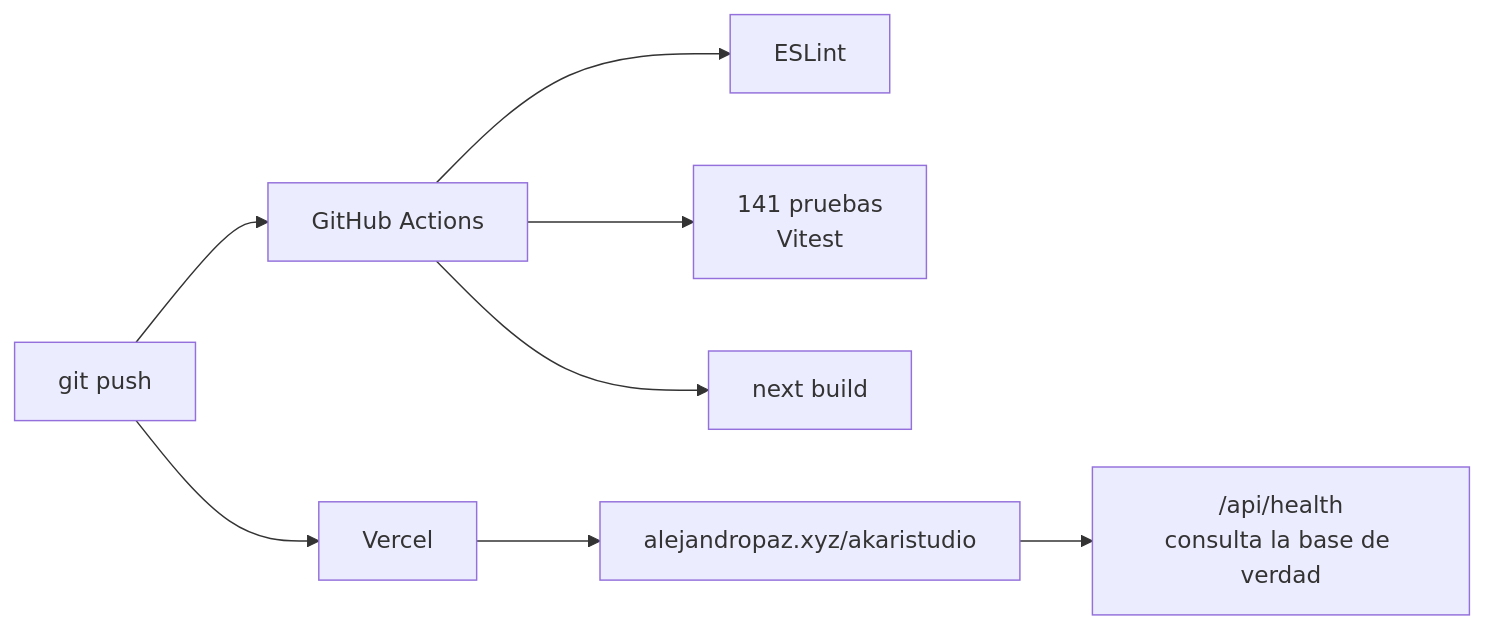
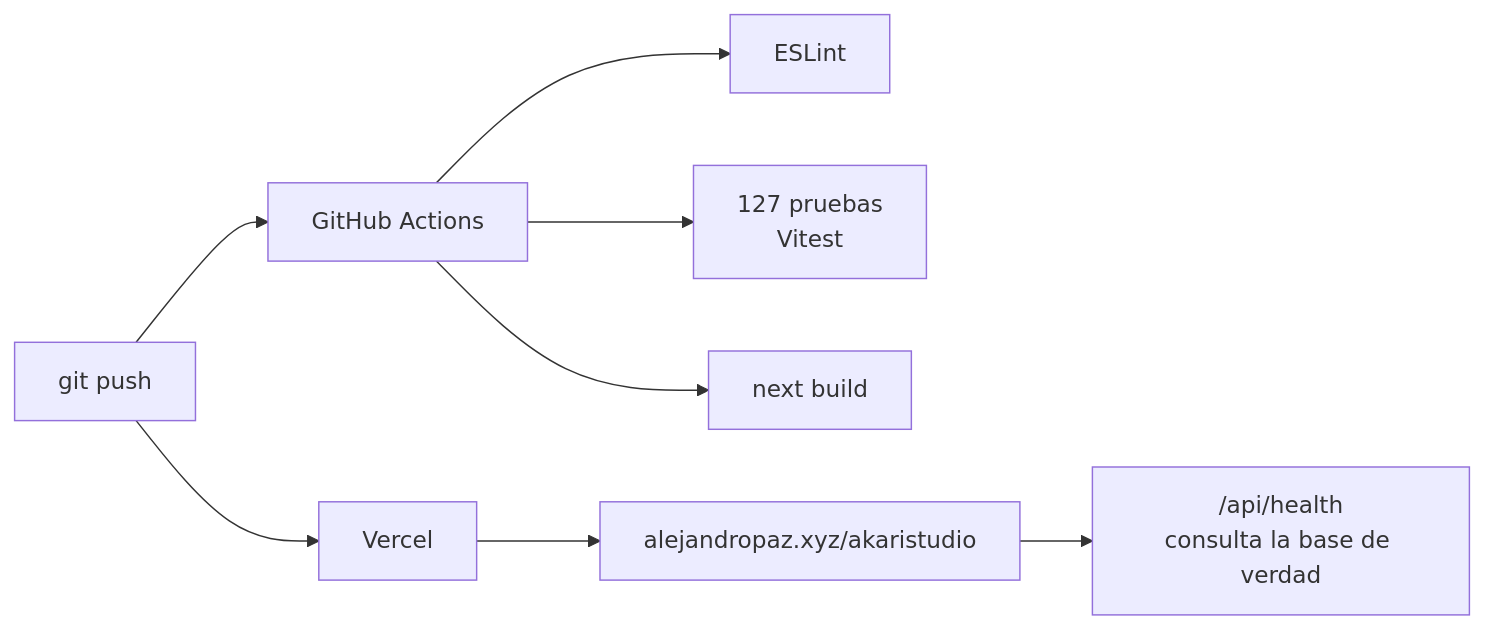
Before and after one commit to Alejandro-Paz05/Proyecto_ISW2: the seventh of 7 diagrams in docs/arquitectura.md, drawn with Mermaid. The commit also changed other lines of this file and 2 other files, not shown here.

````diff
--- a/docs/arquitectura.md
+++ b/docs/arquitectura.md
@@ -227,10 +239,10 @@
 ```mermaid
 flowchart LR
     dev["git push"] --> ci["GitHub Actions"]
     ci --> lint["ESLint"]
-    ci --> test["141 pruebas<br/>Vitest"]
+    ci --> test["127 pruebas<br/>Vitest"]
     ci --> build["next build"]
     dev --> vercel["Vercel"]
     vercel --> prod["alejandropaz.xyz/akaristudio"]
     prod --> health["/api/health<br/>consulta la base de verdad"]
 ```
````
